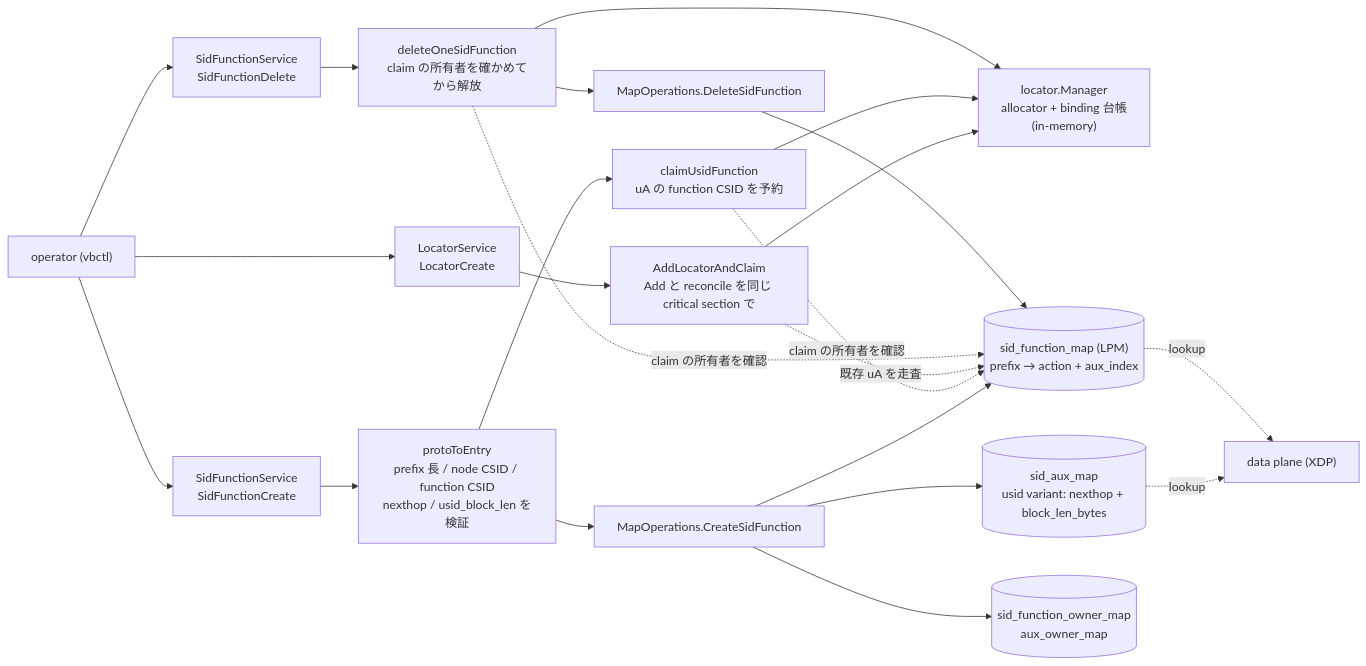
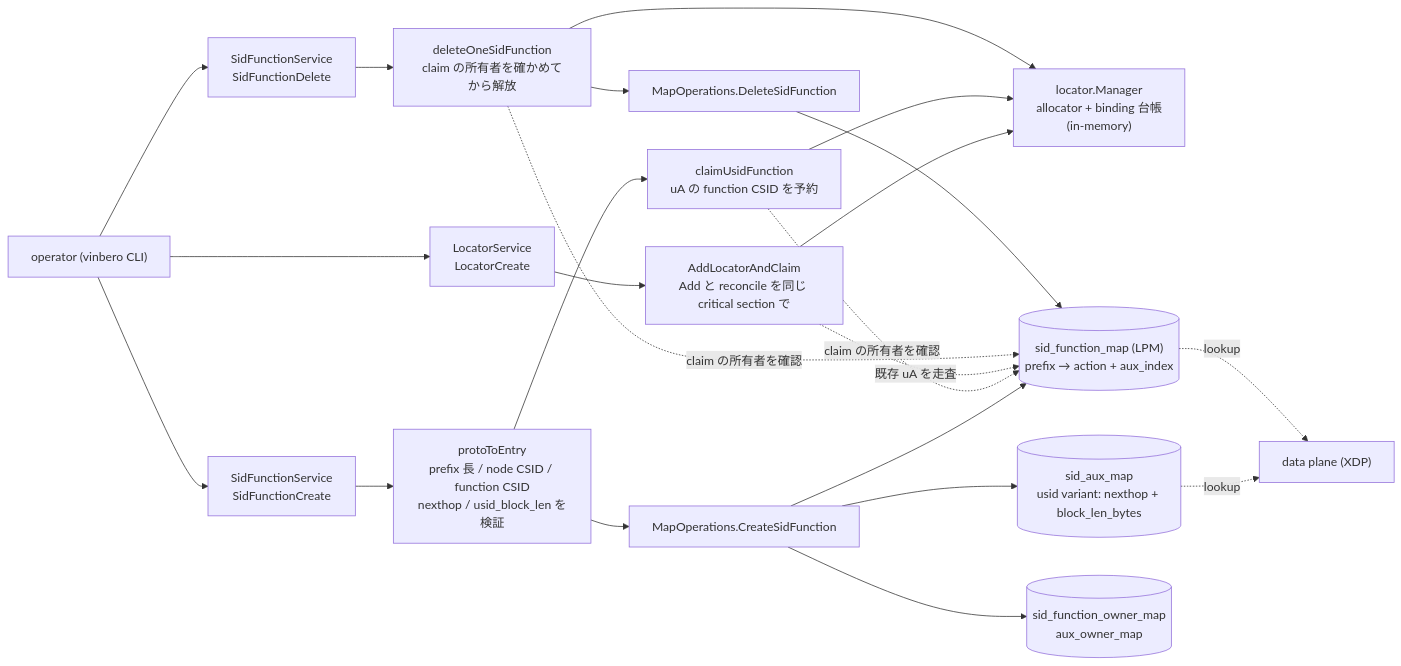
One commit to takehaya/Vinbero changed the second of 2 diagrams in docs/design/ja/usid.md. Above: the diagram before and after it, drawn with Mermaid. The commit also changed other lines of this file and 45 other files, not shown here.

````diff
--- a/docs/design/ja/usid.md
+++ b/docs/design/ja/usid.md
@@ -161,30 +179,30 @@
 ```mermaid
 flowchart LR
-    OP["operator (vbctl)"] --> RPC1["SidFunctionService<br/>SidFunctionCreate"]
+    OP["operator (vinbero CLI)"] --> RPC1["SidFunctionService<br/>SidFunctionCreate"]
     OP --> RPCD["SidFunctionService<br/>SidFunctionDelete"]
     OP --> RPC2["LocatorService<br/>LocatorCreate"]
 
     RPC1 --> VAL["protoToEntry<br/>prefix 長 / node CSID / function CSID<br/>nexthop / usid_block_len を検証"]
     VAL --> CLAIM["claimUsidFunction<br/>uA の function CSID を予約"]
     VAL --> PUT["MapOperations.CreateSidFunction"]
 
     RPCD --> DEL["deleteOneSidFunction<br/>claim の所有者を確かめてから解放"]
     DEL --> MGR
     DEL --> DPUT["MapOperations.DeleteSidFunction"]
     DPUT --> SFM
     DEL -.->|"claim の所有者を確認"| SFM
 
     RPC2 --> ADD["AddLocatorAndClaim<br/>Add と reconcile を同じ critical section で"]
 
     CLAIM --> MGR["locator.Manager<br/>allocator + binding 台帳<br/>(in-memory)"]
     ADD --> MGR
     ADD -.->|"既存 uA を走査"| SFM
     CLAIM -.->|"claim の所有者を確認"| SFM
 
     PUT --> SFM[("sid_function_map (LPM)<br/>prefix → action + aux_index")]
     PUT --> SAM[("sid_aux_map<br/>usid variant: nexthop + block_len_bytes")]
     PUT --> OWN[("sid_function_owner_map<br/>aux_owner_map")]
 
     SFM -.->|"lookup"| DP["data plane (XDP)"]
     SAM -.->|"lookup"| DP
 ```
````
